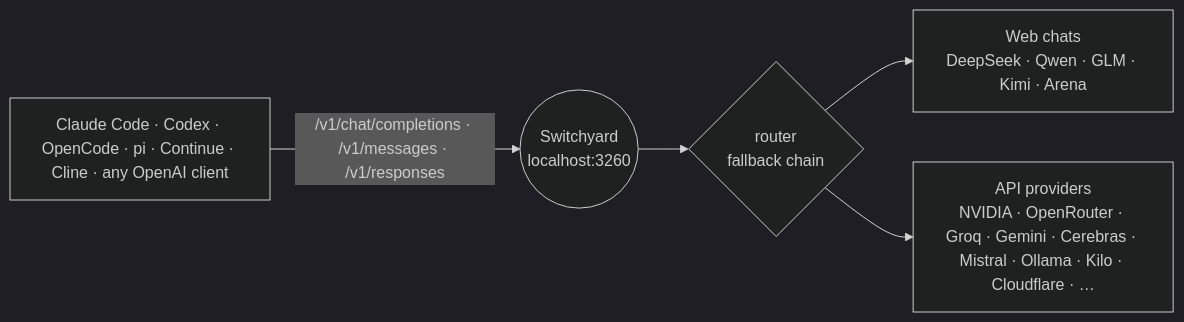
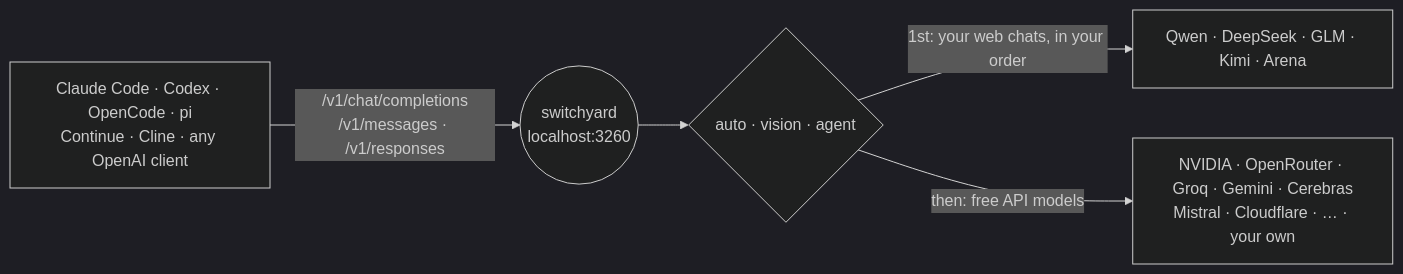
One commit to kravchenski/switchyard changed the first of 2 diagrams in README.md. Above: the diagram before and after it, drawn with Mermaid (dark theme). The commit also changed other lines of this file and 17 other files, not shown here.

````diff
--- a/README.md
+++ b/README.md
@@ -20,7 +27,7 @@
 ```mermaid
 flowchart LR
-  A["Claude Code · Codex · OpenCode · pi · Continue · Cline · any OpenAI client"] -->|"/v1/chat/completions · /v1/messages · /v1/responses"| S(("Switchyard<br/>localhost:3260"))
-  S --> R{"router<br/>fallback chain"}
-  R --> W["Web chats<br/>DeepSeek · Qwen · GLM · Kimi · Arena"]
-  R --> P["API providers<br/>NVIDIA · OpenRouter · Groq · Gemini · Cerebras · Mistral · Ollama · Kilo · Cloudflare · …"]
+  A["Claude Code · Codex · OpenCode · pi<br/>Continue · Cline · any OpenAI client"] -->|"/v1/chat/completions<br/>/v1/messages · /v1/responses"| S(("switchyard<br/>localhost:3260"))
+  S --> R{"auto · vision · agent"}
+  R -->|"1st: your web chats, in your order"| W["Qwen · DeepSeek · GLM · Kimi · Arena"]
+  R -->|"then: free API models"| P["NVIDIA · OpenRouter · Groq · Gemini · Cerebras<br/>Mistral · Cloudflare · … · your own"]
 ```
````
